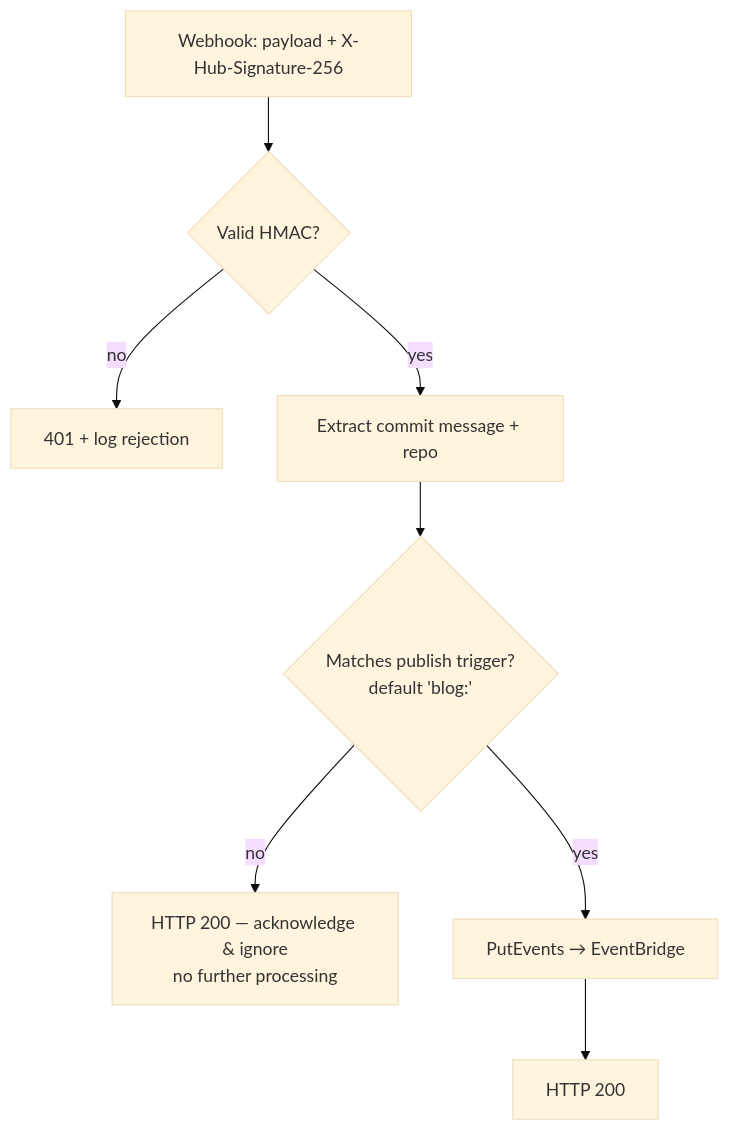
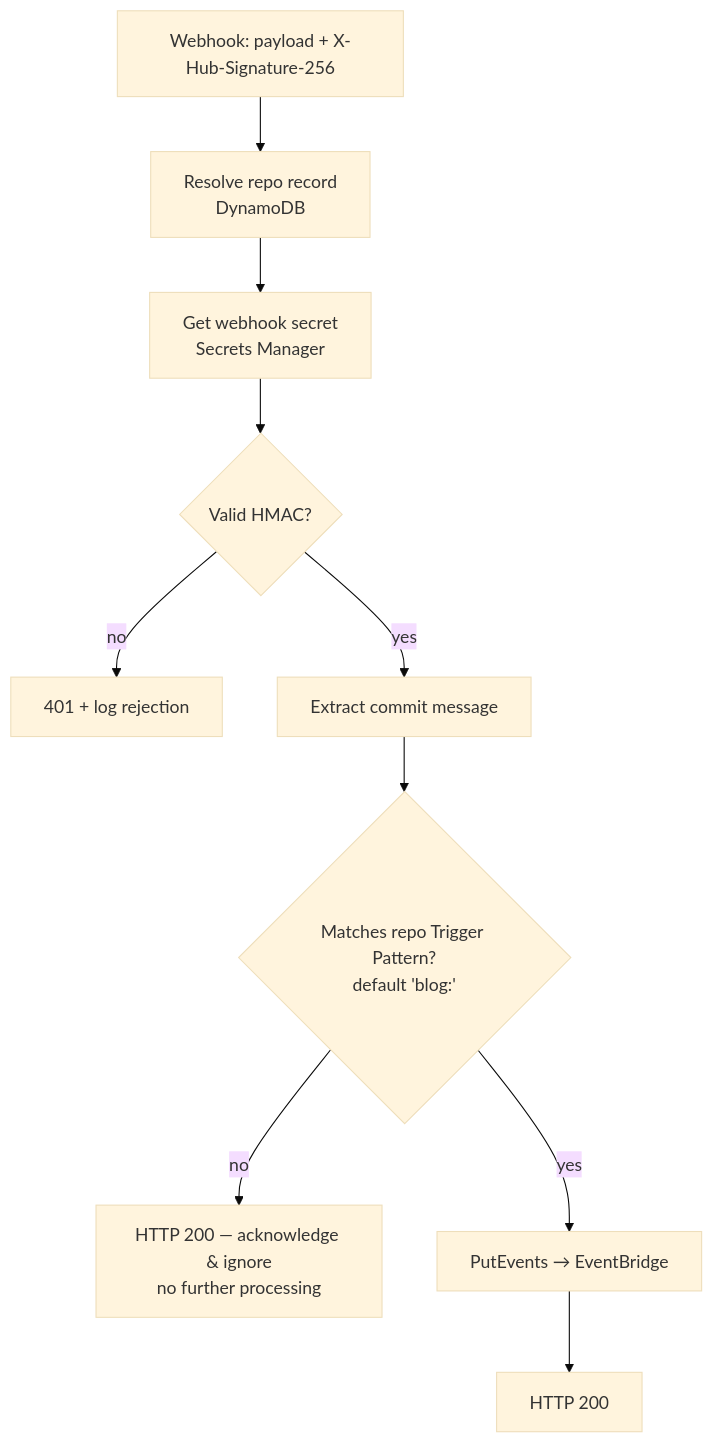
The first of 9 diagrams in docs/workflows.md (teddynted/ai-github-repository-blog-generator), drawn with Mermaid (base theme) before and after one commit. The commit also changed other lines of this file and 12 other files, not shown here.

````diff
--- a/docs/workflows.md
+++ b/docs/workflows.md
@@ -13,10 +15,12 @@
 ```mermaid
 flowchart TB
-    W[Webhook: payload + X-Hub-Signature-256] --> SIG{Valid HMAC?}
+    W[Webhook: payload + X-Hub-Signature-256] --> LK[Resolve repo record<br/>DynamoDB]
+    LK --> GS[Get webhook secret<br/>Secrets Manager]
+    GS --> SIG{Valid HMAC?}
     SIG -- no --> R401[401 + log rejection]
-    SIG -- yes --> EX[Extract commit message + repo]
-    EX --> T{Matches publish trigger?<br/>default 'blog:'}
+    SIG -- yes --> EX[Extract commit message]
+    EX --> T{Matches repo Trigger Pattern?<br/>default 'blog:'}
     T -- no --> ACK[HTTP 200 — acknowledge & ignore<br/>no further processing]
     T -- yes --> PUT[PutEvents → EventBridge]
     PUT --> OK[HTTP 200]
 ```
````
